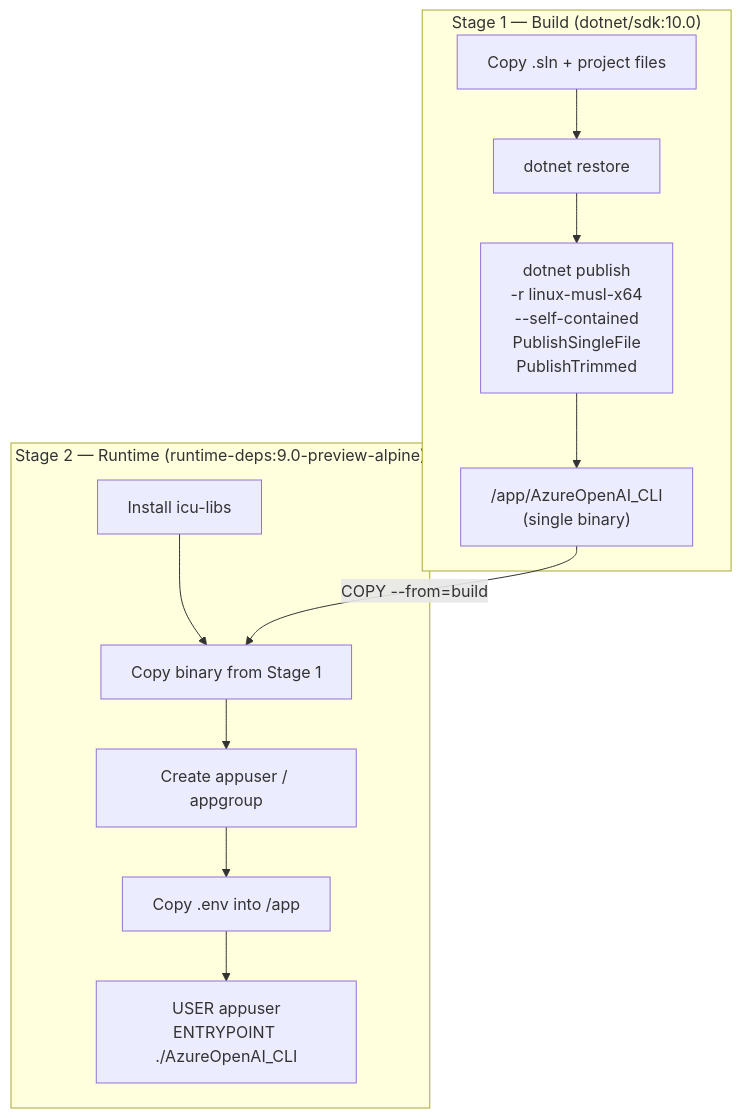
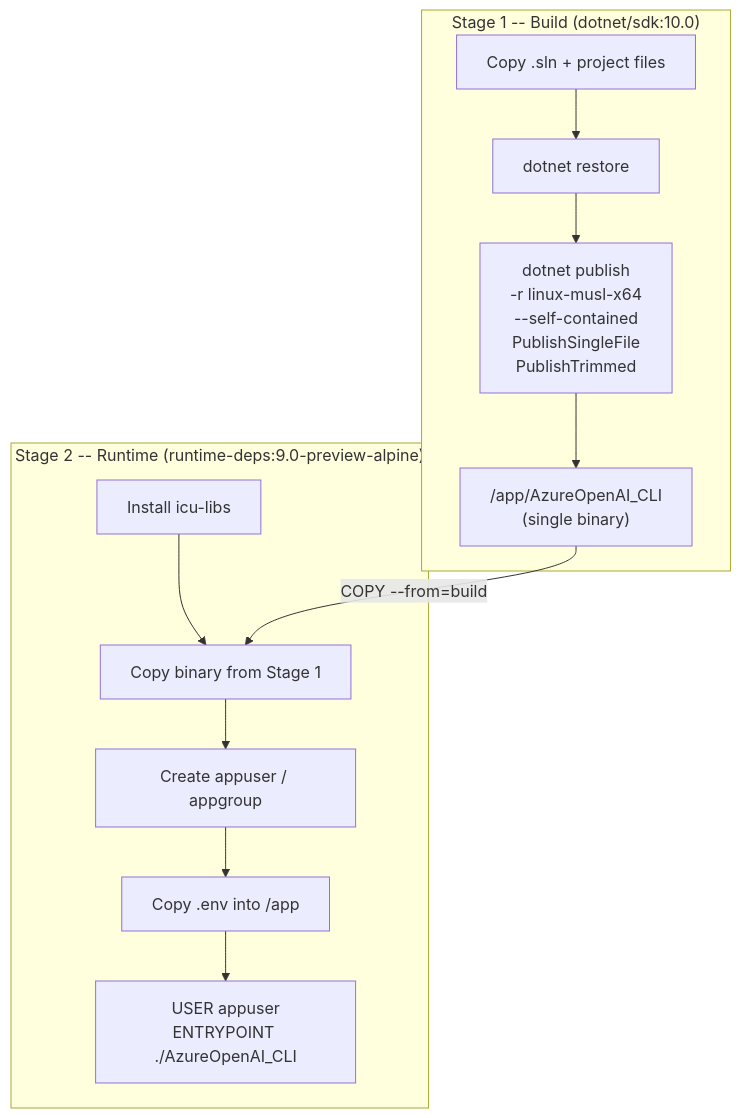
One commit to SchwartzKamel/azure-openai-cli changed the second of 6 diagrams in docs/archive/ARCHITECTURE-v1.md. Above: the diagram before and after it, drawn with Mermaid. The commit also changed other lines of this file and 175 other files, not shown here.

````diff
--- a/docs/archive/ARCHITECTURE-v1.md
+++ b/docs/archive/ARCHITECTURE-v1.md
@@ -185,17 +185,17 @@
 ```mermaid
 flowchart TD
-    subgraph "Stage 1 — Build (dotnet/sdk:10.0)"
+    subgraph "Stage 1 -- Build (dotnet/sdk:10.0)"
         A[Copy .sln + project files] --> B[dotnet restore]
         B --> C["dotnet publish<br/>-r linux-musl-x64<br/>--self-contained<br/>PublishSingleFile<br/>PublishTrimmed"]
         C --> D["/app/AzureOpenAI_CLI<br/>(single binary)"]
     end
 
-    subgraph "Stage 2 — Runtime (runtime-deps:9.0-preview-alpine)"
+    subgraph "Stage 2 -- Runtime (runtime-deps:9.0-preview-alpine)"
         E[Install icu-libs] --> F[Copy binary from Stage 1]
         F --> G[Create appuser / appgroup]
         G --> H[Copy .env into /app]
         H --> I["USER appuser<br/>ENTRYPOINT ./AzureOpenAI_CLI"]
     end
 
     D -->|COPY --from=build| F
 ```
````
